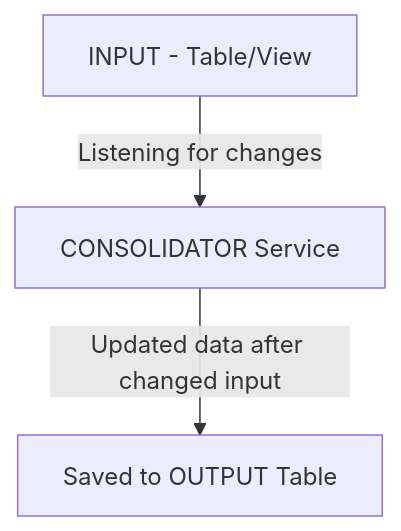
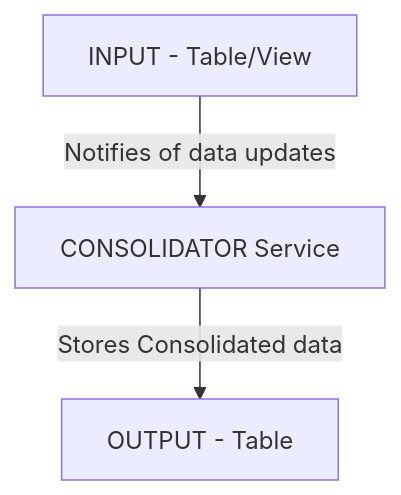
Before and after one commit to genesiscommunitysuccess/docs: the first of 4 diagrams in docs/03_server-modules/07_consolidator/01_introduction.md, drawn with Mermaid. The commit also changed other lines of this file, not shown here.

Commit message:
PTC-263 docs: Adjusted diagrams for simplicity

`````diff
--- a/docs/03_server-modules/07_consolidator/01_introduction.md
+++ b/docs/03_server-modules/07_consolidator/01_introduction.md
@@ -26,5 +26,5 @@
 ````mermaid
 graph TD
-    A[INPUT - Table/View] --> |Listening for changes| B[ CONSOLIDATOR Service]
-    B -->|Updated data after changed input| C[Saved to OUTPUT Table]
+    A[INPUT - Table/View] --> |Notifies of data updates| B[ CONSOLIDATOR Service]
+    B -->|Stores Consolidated data| C[OUTPUT - Table]
 ````
`````
